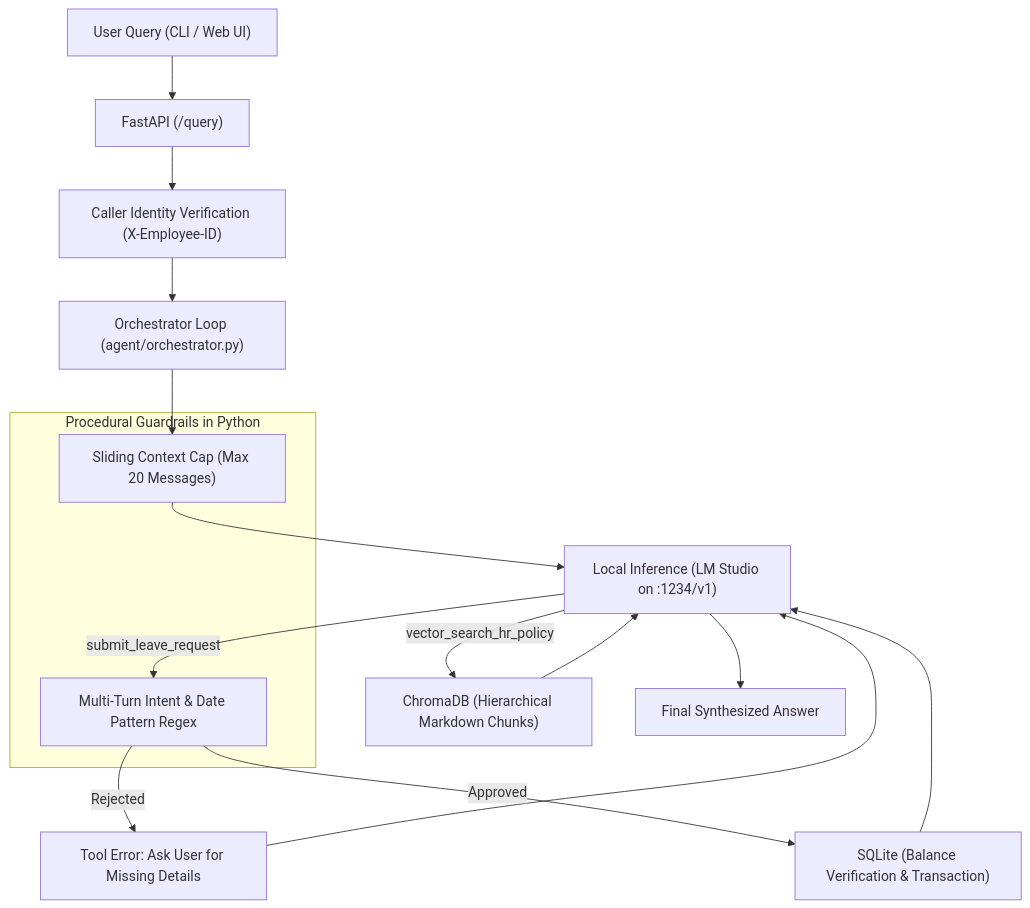
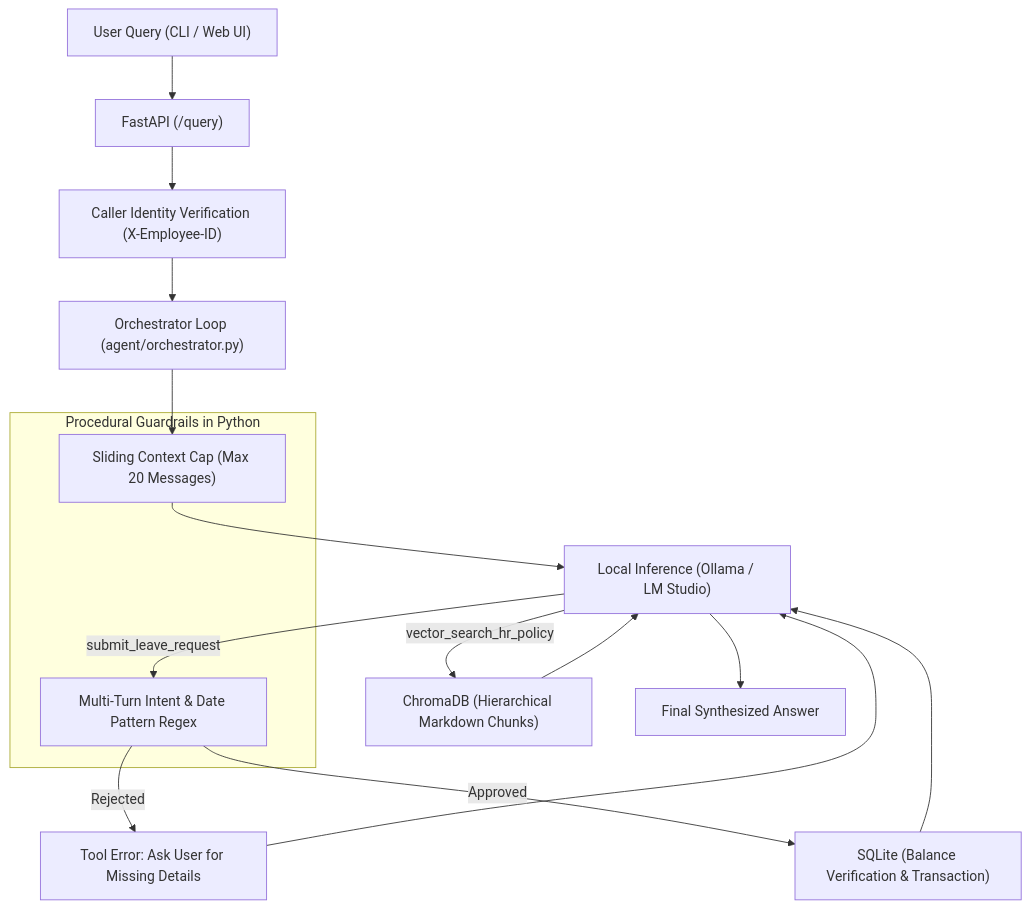
Before and after one commit to barryallen16/clerk: the diagram in README.md, drawn with Mermaid. The commit also changed other lines of this file and 9 other files, not shown here.

Commit message:
harden orchestrator, ui, and local demo flow

````diff
--- a/README.md
+++ b/README.md
@@ -24,25 +24,25 @@
 ```mermaid
 flowchart TD
     User["User Query (CLI / Web UI)"] --> API["FastAPI (/query)"]
     API --> AuthGuard["Caller Identity Verification (X-Employee-ID)"]
     AuthGuard --> Orchestrator["Orchestrator Loop (agent/orchestrator.py)"]
     
     subgraph Guardrails ["Procedural Guardrails in Python"]
         IntentCheck["Multi-Turn Intent & Date Pattern Regex"]
         WindowCap["Sliding Context Cap (Max 20 Messages)"]
     end
     
     Orchestrator --> WindowCap
-    WindowCap --> LLM["Local Inference (LM Studio on :1234/v1)"]
+    WindowCap --> LLM["Local Inference (Ollama / LM Studio)"]
     
     LLM -- "vector_search_hr_policy" --> Chroma["ChromaDB (Hierarchical Markdown Chunks)"]
     Chroma --> LLM
     
     LLM -- "submit_leave_request" --> IntentCheck
     IntentCheck -- "Rejected" --> ErrorFeedback["Tool Error: Ask User for Missing Details"]
     ErrorFeedback --> LLM
     IntentCheck -- "Approved" --> SQLite["SQLite (Balance Verification & Transaction)"]
     SQLite --> LLM
     
     LLM --> Response["Final Synthesized Answer"]
 ```
````
